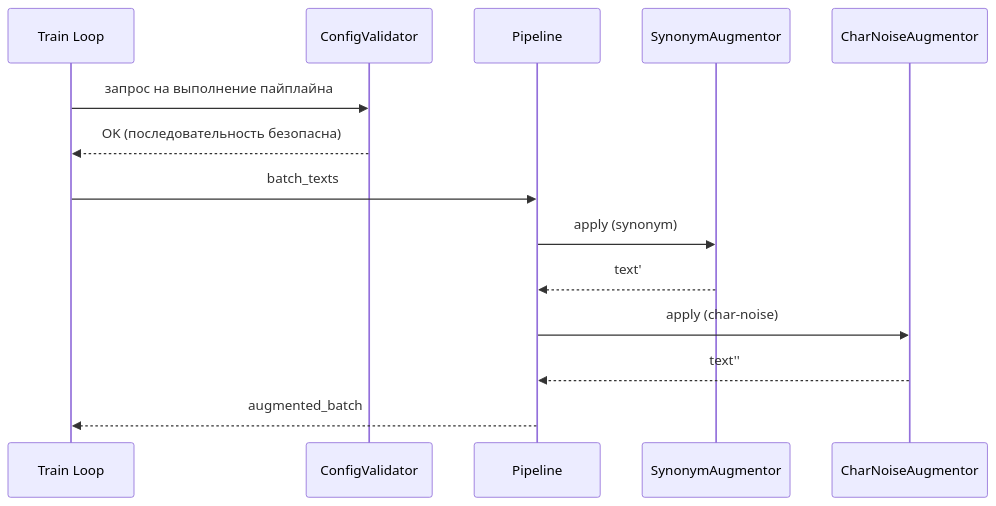
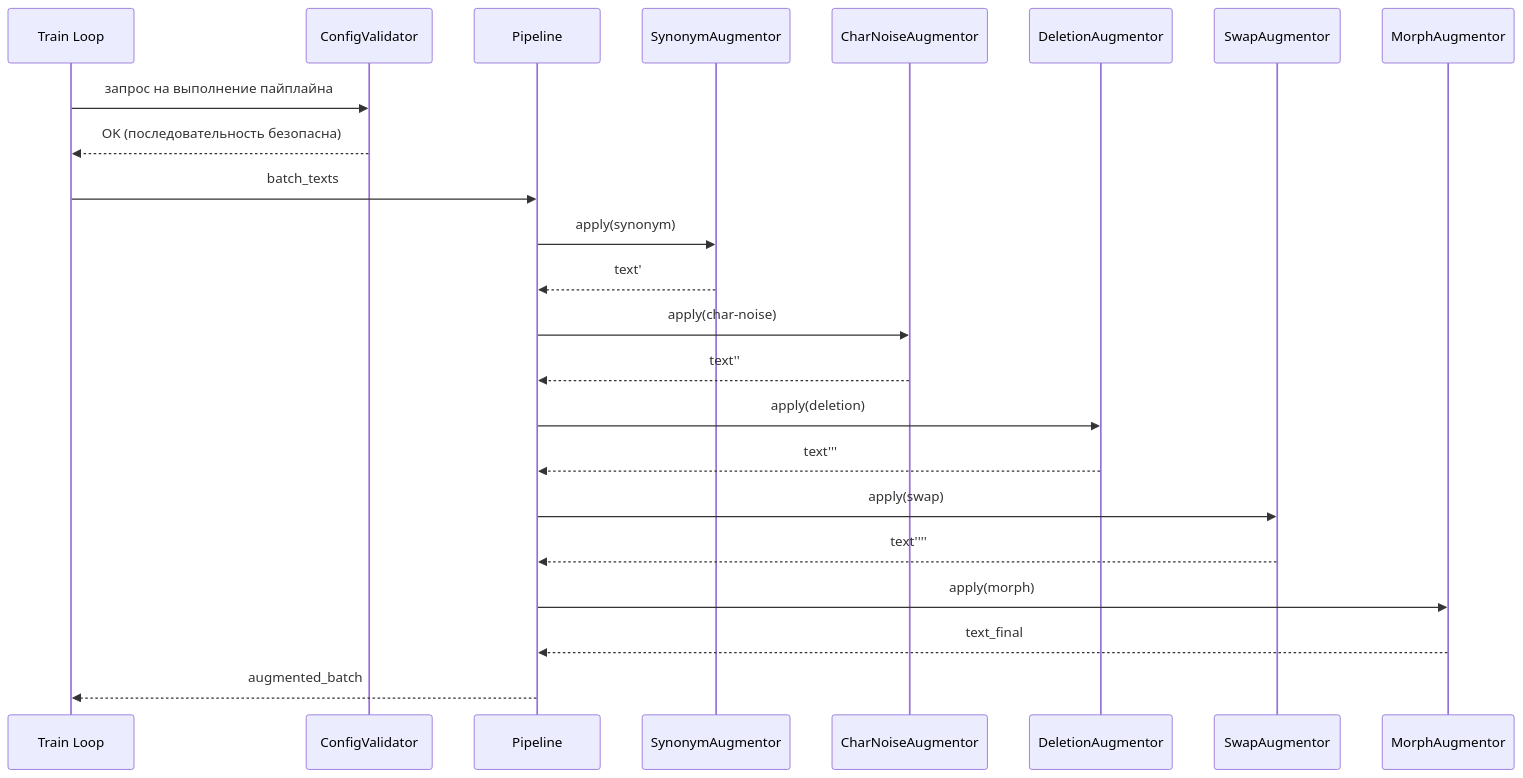
The third of 3 diagrams in design/ML_System_Design_Doc.md (OlMiore/Low-Latency-Text-Augmentation-Library), drawn with Mermaid before and after one commit. The commit also changed other lines of this file, not shown here.

Commit message:
Finalize repository structure in ML doc

````diff
--- a/design/ML_System_Design_Doc.md
+++ b/design/ML_System_Design_Doc.md
@@ -261,18 +262,26 @@
 ```mermaid
 sequenceDiagram
     participant TL as Train Loop
     participant V as ConfigValidator
     participant P as Pipeline
-    participant A1 as SynonymAugmentor
-    participant A2 as CharNoiseAugmentor
+    participant SY as SynonymAugmentor
+    participant CH as CharNoiseAugmentor
+    participant DL as DeletionAugmentor
+    participant SW as SwapAugmentor
+    participant MO as MorphAugmentor
 
     TL->>V: запрос на выполнение пайплайна
     V-->>TL: OK (последовательность безопасна)
-
     TL->>P: batch_texts
-    P->>A1: apply (synonym)
-    A1-->>P: text'
-    P->>A2: apply (char-noise)
-    A2-->>P: text''
+    P->>SY: apply(synonym)
+    SY-->>P: text'
+    P->>CH: apply(char-noise)
+    CH-->>P: text''
+    P->>DL: apply(deletion)
+    DL-->>P: text'''
+    P->>SW: apply(swap)
+    SW-->>P: text''''
+    P->>MO: apply(morph)
+    MO-->>P: text_final
     P-->>TL: augmented_batch
 ```
````
